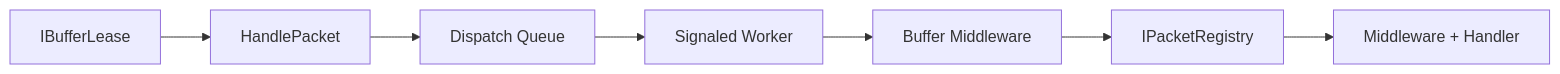
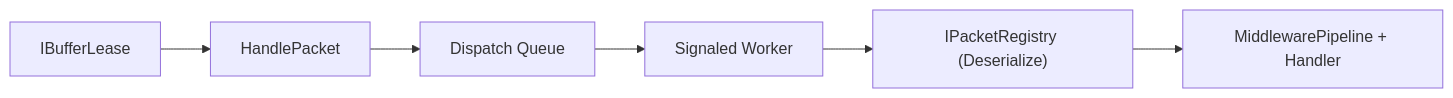
Before and after one commit to ppn-systems/Nalix: the second of 2 diagrams in docs/api/runtime/routing/packet-dispatch.md, drawn with Mermaid. The commit also changed 64 other files, not shown here.

````diff
--- a/docs/api/runtime/routing/packet-dispatch.md
+++ b/docs/api/runtime/routing/packet-dispatch.md
@@ -45,9 +45,8 @@
 ```mermaid
 flowchart LR
     A["IBufferLease"] --> B["HandlePacket"]
     B --> C["Dispatch Queue"]
     C --> D["Signaled Worker"]
-    D --> E["Buffer Middleware"]
-    E --> F["IPacketRegistry"]
-    F --> G["Middleware + Handler"]
+    D --> E["IPacketRegistry (Deserialize)"]
+    E --> F["MiddlewarePipeline + Handler"]
 ```
````
